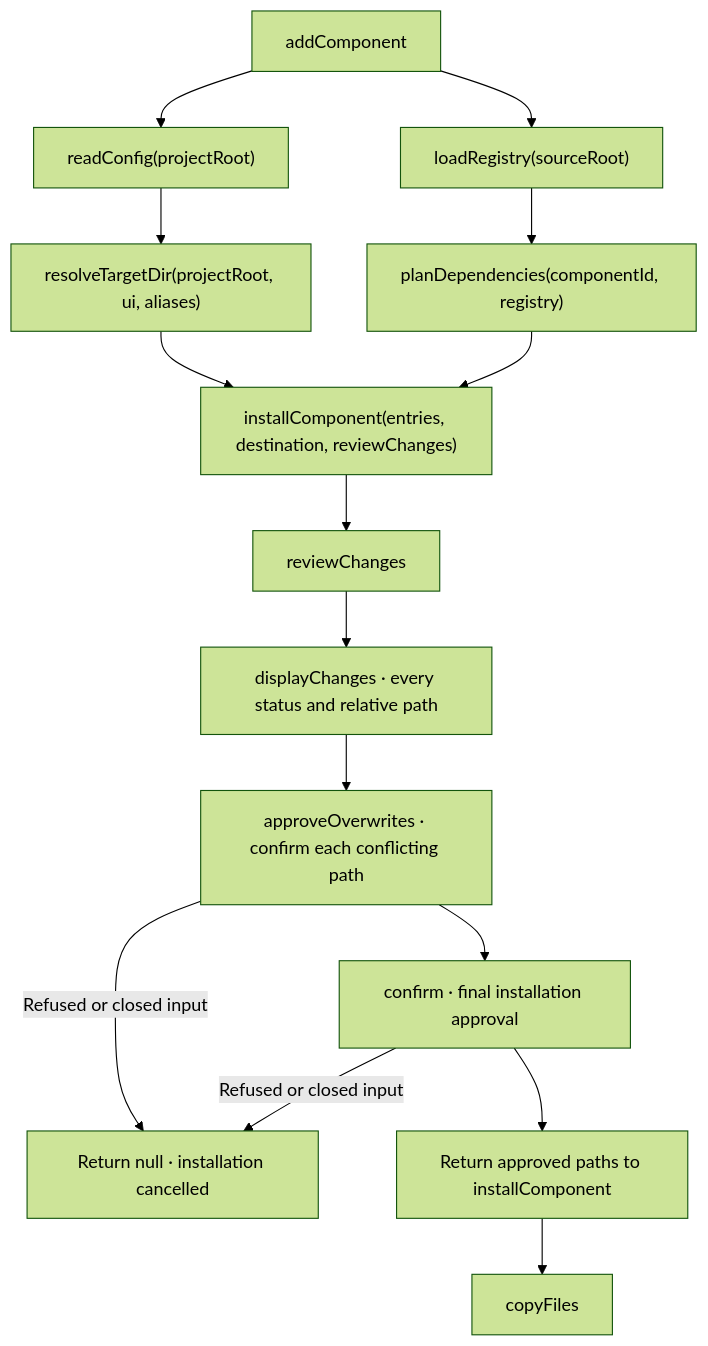
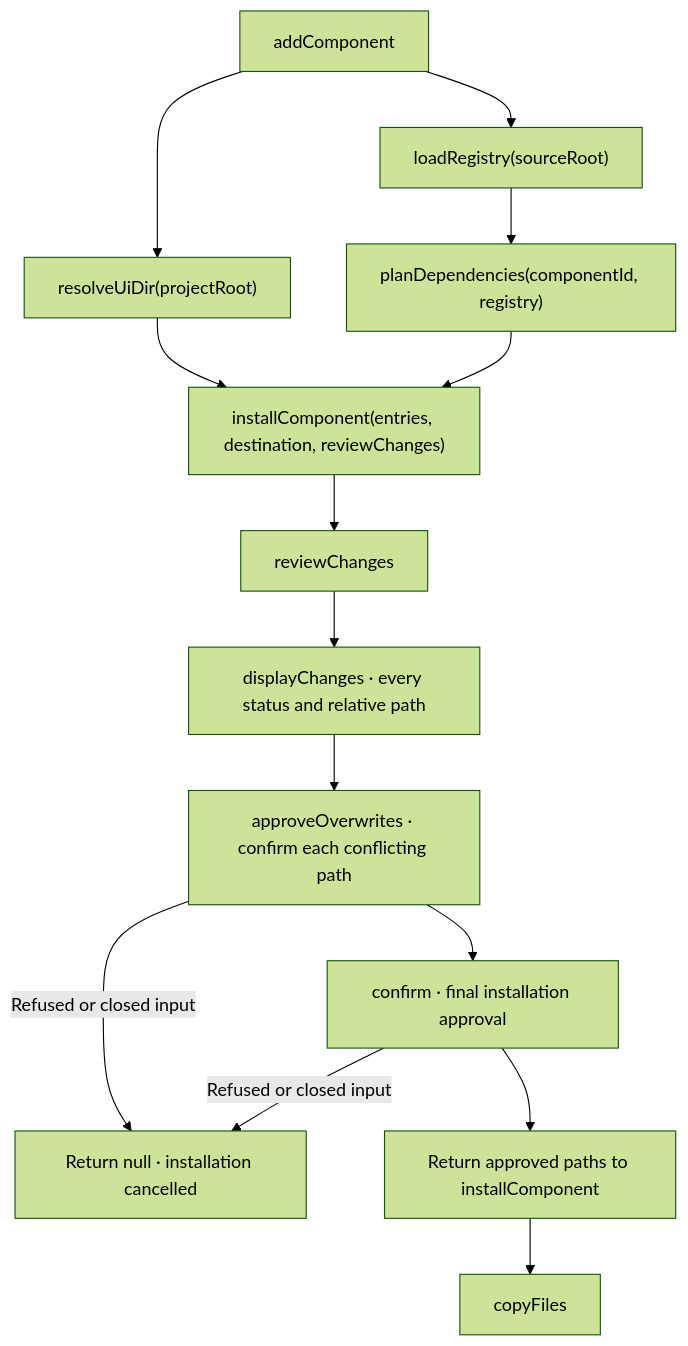
Before and after one commit to feuersteiner/bref-ui: the third of 3 diagrams in core/cli/commands/README.md, drawn with Mermaid (forest theme). The commit also changed other lines of this file and 19 other files, not shown here.

````diff
--- a/core/cli/commands/README.md
+++ b/core/cli/commands/README.md
@@ -59,17 +70,16 @@
 ```mermaid
 flowchart TD
-    add["addComponent"] --> read["readConfig(projectRoot)"]
-    read --> resolve["resolveTargetDir(projectRoot, ui, aliases)"]
+    add["addComponent"] --> resolve["resolveUiDir(projectRoot)"]
     add --> load["loadRegistry(sourceRoot)"]
     load --> plan["planDependencies(componentId, registry)"]
     resolve --> install["installComponent(entries, destination, reviewChanges)"]
     plan --> install
     install --> review["reviewChanges"]
     review --> display["displayChanges · every status and relative path"]
     display --> approve["approveOverwrites · confirm each conflicting path"]
     approve --> confirm["confirm · final installation approval"]
     approve -->|Refused or closed input| cancel["Return null · installation cancelled"]
     confirm -->|Refused or closed input| cancel
     confirm --> accepted["Return approved paths to installComponent"]
     accepted --> copy["copyFiles"]
 ```
````
